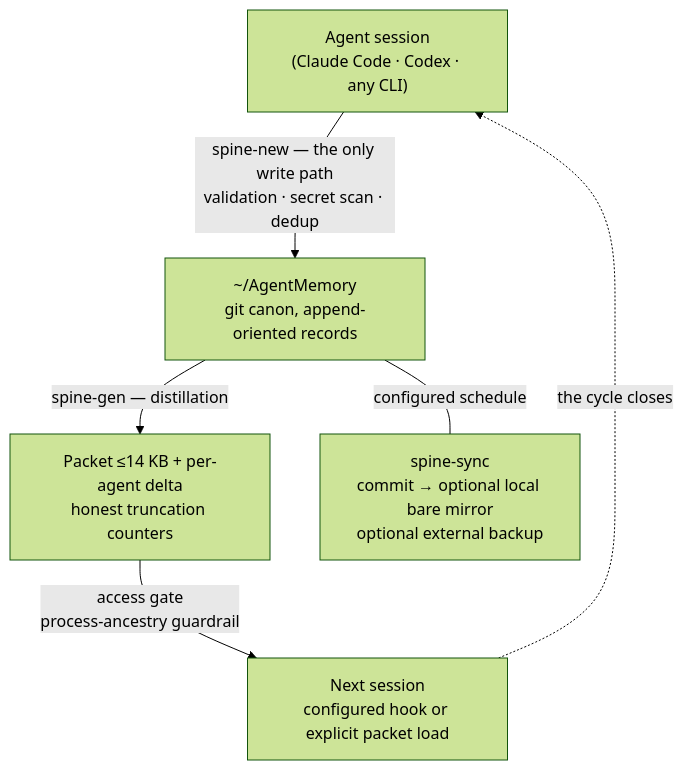
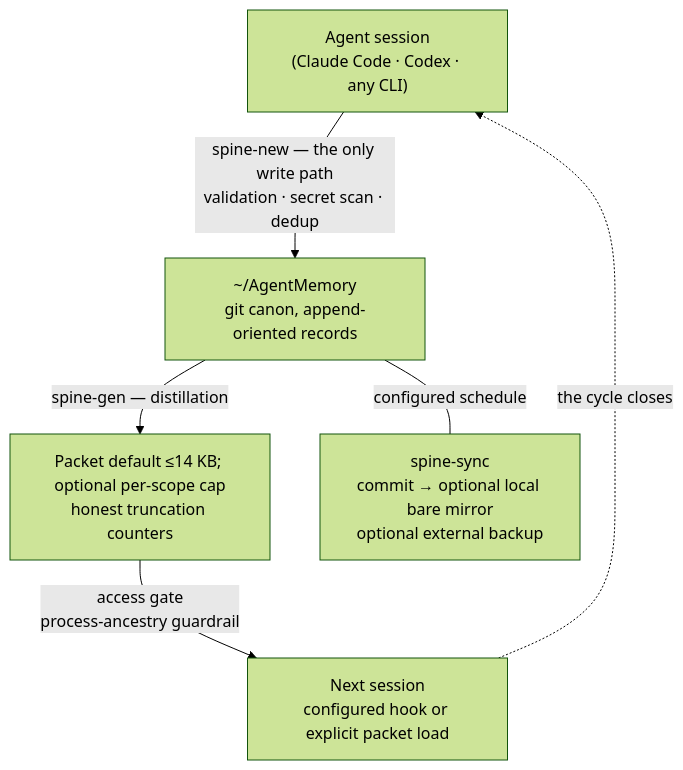
The diagram in README.md (AlexBridgesman/memory-spine), drawn with Mermaid (forest theme) before and after one commit. The commit also changed other lines of this file and 16 other files, not shown here.

Commit message:
feat: add fail-safe per-scope packet limits

````diff
--- a/README.md
+++ b/README.md
@@ -27,8 +27,8 @@
 ```mermaid
 flowchart TD
     A["Agent session<br/>(Claude Code · Codex · any CLI)"] -->|"spine-new — the only write path<br/>validation · secret scan · dedup"| V["~/AgentMemory<br/>git canon, append-oriented records"]
-    V -->|"spine-gen — distillation"| P["Packet ≤14 KB + per-agent delta<br/>honest truncation counters"]
+    V -->|"spine-gen — distillation"| P["Packet default ≤14 KB; optional per-scope cap<br/>honest truncation counters"]
     P -->|"access gate<br/>process-ancestry guardrail"| S["Next session<br/>configured hook or explicit packet load"]
     S -.->|"the cycle closes"| A
     V ---|"configured schedule"| G["spine-sync<br/>commit → optional local bare mirror<br/>optional external backup"]
 ```
````
